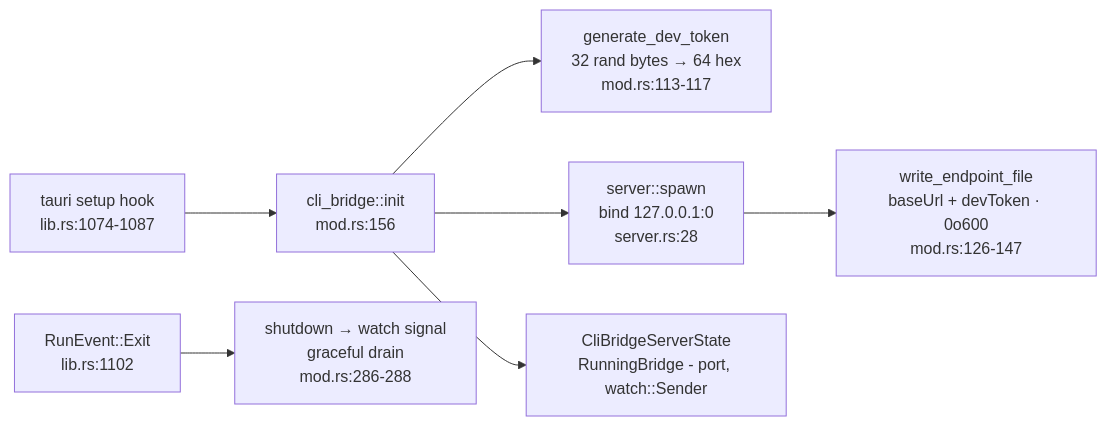
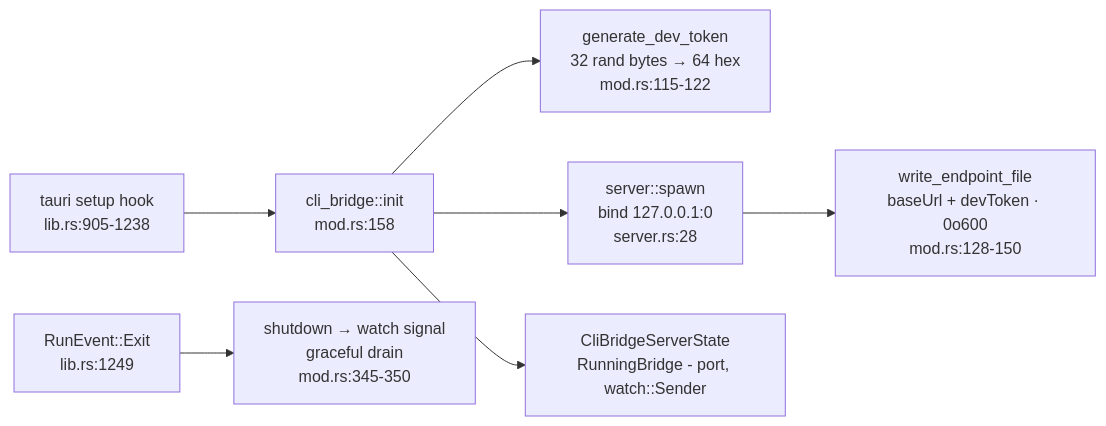
One commit to MaxQian888/cognia-next changed the diagram in docs/content/docs/en/subsystems/cognia-cli/bridge-server.mdx. Above: the diagram before and after it, drawn with Mermaid. The commit also changed other lines of this file and 17 other files, not shown here.

````diff
--- a/docs/content/docs/en/subsystems/cognia-cli/bridge-server.mdx
+++ b/docs/content/docs/en/subsystems/cognia-cli/bridge-server.mdx
@@ -21,9 +21,9 @@
 ```mermaid
 flowchart LR
-  SETUP[tauri setup hook<br/>lib.rs:1074-1087] --> INIT[cli_bridge::init<br/>mod.rs:156]
-  INIT --> TOK[generate_dev_token<br/>32 rand bytes → 64 hex<br/>mod.rs:113-117]
+  SETUP[tauri setup hook<br/>lib.rs:905-1238] --> INIT[cli_bridge::init<br/>mod.rs:158]
+  INIT --> TOK[generate_dev_token<br/>32 rand bytes → 64 hex<br/>mod.rs:115-122]
   INIT --> SPAWN[server::spawn<br/>bind 127.0.0.1:0<br/>server.rs:28]
-  SPAWN --> EPF[write_endpoint_file<br/>baseUrl + devToken · 0o600<br/>mod.rs:126-147]
+  SPAWN --> EPF[write_endpoint_file<br/>baseUrl + devToken · 0o600<br/>mod.rs:128-150]
   INIT --> STATE[CliBridgeServerState<br/>RunningBridge - port, watch::Sender]
-  EXIT[RunEvent::Exit<br/>lib.rs:1102] --> SHUT[shutdown → watch signal<br/>graceful drain<br/>mod.rs:286-288]
+  EXIT[RunEvent::Exit<br/>lib.rs:1249] --> SHUT[shutdown → watch signal<br/>graceful drain<br/>mod.rs:345-350]
 ```
````
